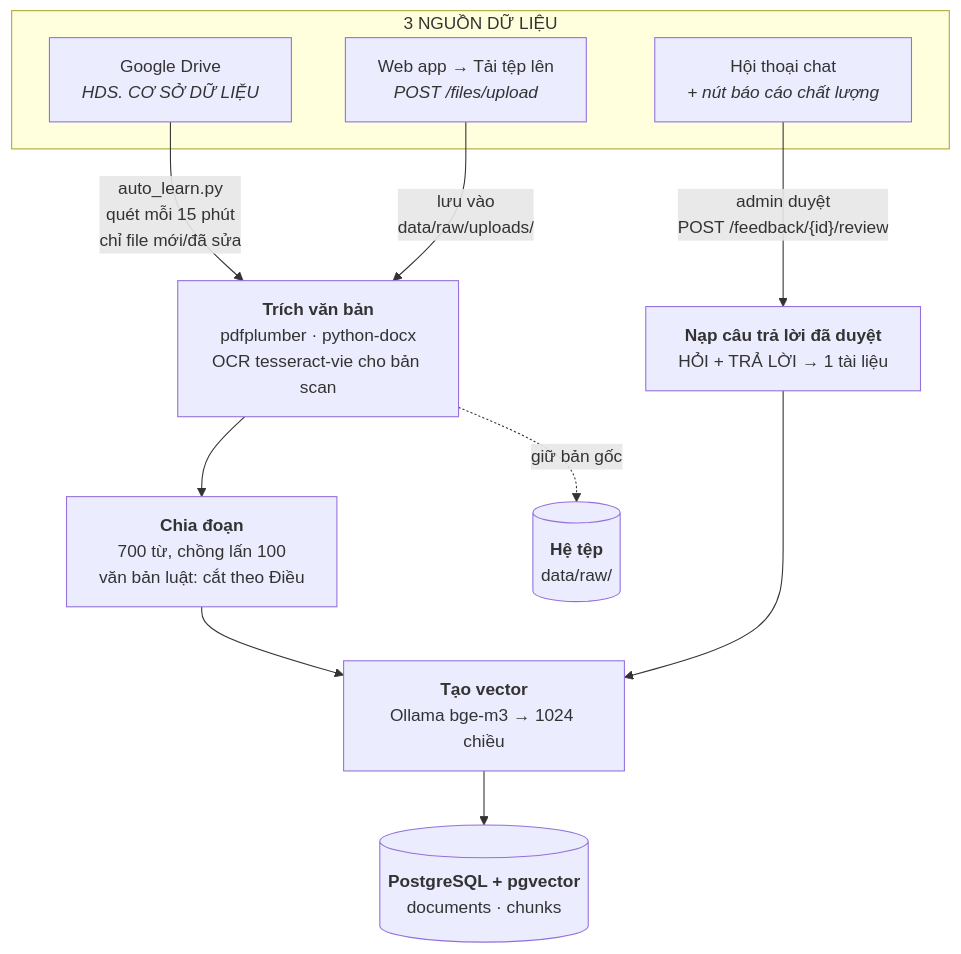
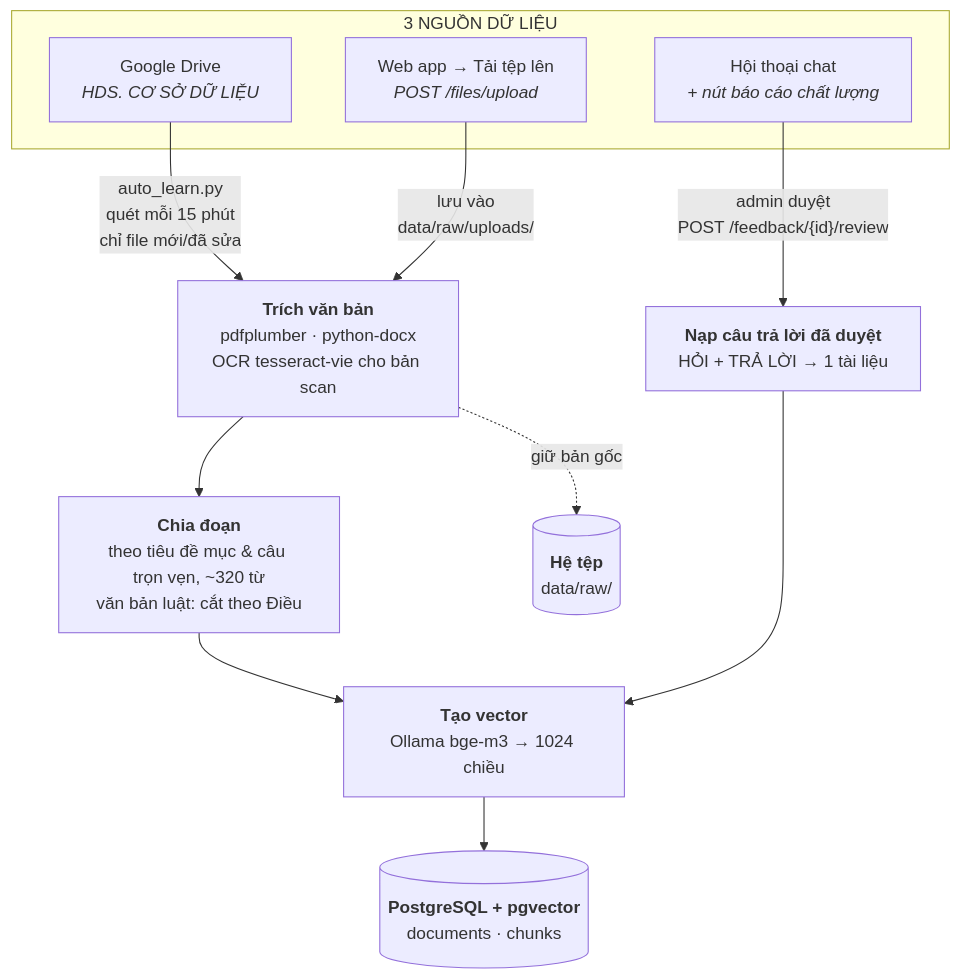
The first of 3 diagrams in deploy/LUU_TRU_DU_LIEU.md (hdshtpl-creator/server), drawn with Mermaid before and after one commit. The commit also changed 5 other files, not shown here.

````diff
--- a/deploy/LUU_TRU_DU_LIEU.md
+++ b/deploy/LUU_TRU_DU_LIEU.md
@@ -16,26 +16,26 @@
 ```mermaid
 flowchart TB
     subgraph NGUON["3 NGUỒN DỮ LIỆU"]
         DRV["Google Drive<br/><i>HDS. CƠ SỞ DỮ LIỆU</i>"]
         UPL["Web app → Tải tệp lên<br/><i>POST /files/upload</i>"]
         FB["Hội thoại chat<br/><i>+ nút báo cáo chất lượng</i>"]
     end
 
     DRV -->|"auto_learn.py<br/>quét mỗi 15 phút<br/>chỉ file mới/đã sửa"| EXT
     UPL -->|"lưu vào<br/>data/raw/uploads/"| EXT
     FB -->|"admin duyệt<br/>POST /feedback/{id}/review"| PROMO
 
     EXT["<b>Trích văn bản</b><br/>pdfplumber · python-docx<br/>OCR tesseract-vie cho bản scan"]
     EXT --> CHUNK
-    CHUNK["<b>Chia đoạn</b><br/>700 từ, chồng lấn 100<br/>văn bản luật: cắt theo Điều"]
+    CHUNK["<b>Chia đoạn</b><br/>theo tiêu đề mục &amp; câu trọn vẹn, ~320 từ<br/>văn bản luật: cắt theo Điều"]
     CHUNK --> EMB
     PROMO["<b>Nạp câu trả lời đã duyệt</b><br/>HỎI + TRẢ LỜI → 1 tài liệu"]
     PROMO --> EMB
     EMB["<b>Tạo vector</b><br/>Ollama bge-m3 → 1024 chiều"]
 
     EMB --> PG
     EXT -.->|"giữ bản gốc"| FS
 
     FS[("<b>Hệ tệp</b><br/>data/raw/")]
     PG[("<b>PostgreSQL + pgvector</b><br/>documents · chunks")]
 ```
````
